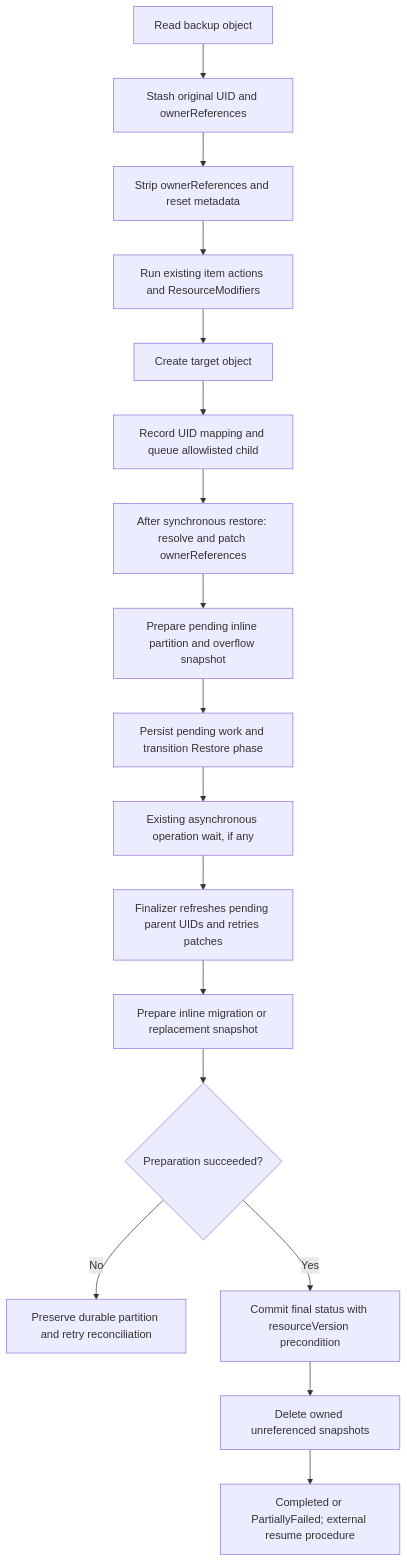
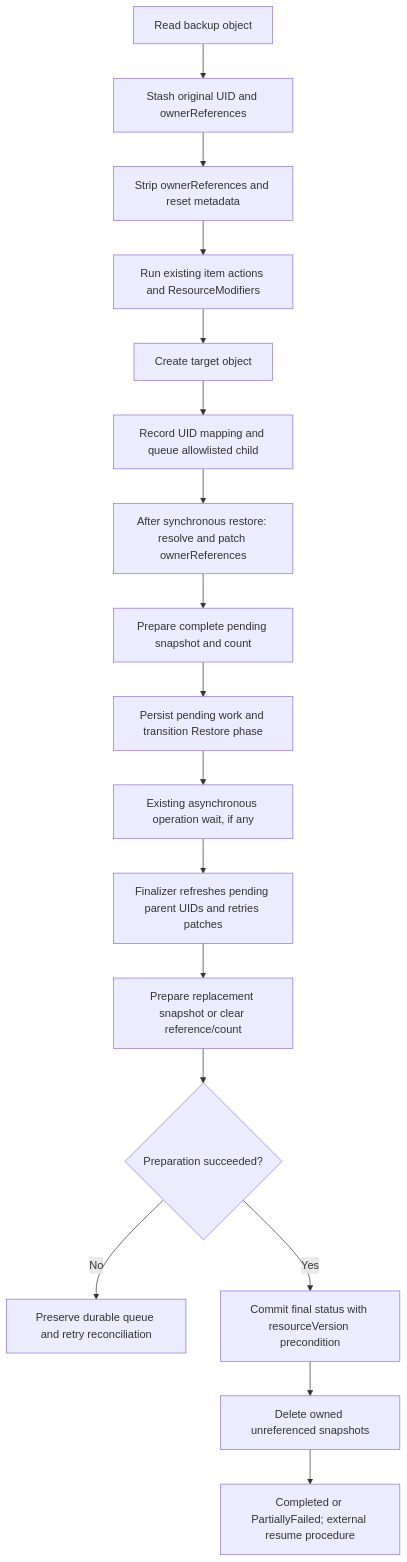
Before and after one commit to vmware-tanzu/velero: the diagram in design/owner-ref-relink-engine-design.md, drawn with Mermaid. The commit also changed other lines of this file, not shown here.

````diff
--- a/design/owner-ref-relink-engine-design.md
+++ b/design/owner-ref-relink-engine-design.md
@@ -178,19 +147,19 @@
 ```mermaid
 flowchart TD
     Input["Read backup object"] --> Stash["Stash original UID and ownerReferences"]
     Stash --> Sanitize["Strip ownerReferences and reset metadata"]
     Sanitize --> Modifiers["Run existing item actions and ResourceModifiers"]
     Modifiers --> Create["Create target object"]
     Create --> Register["Record UID mapping and queue allowlisted child"]
     Register --> Pass1["After synchronous restore: resolve and patch ownerReferences"]
-    Pass1 --> Prepare1["Prepare pending inline partition and overflow snapshot"]
+    Pass1 --> Prepare1["Prepare complete pending snapshot and count"]
     Prepare1 --> Commit1["Persist pending work and transition Restore phase"]
     Commit1 --> Wait["Existing asynchronous operation wait, if any"]
     Wait --> Pass2["Finalizer refreshes pending parent UIDs and retries patches"]
-    Pass2 --> Prepare2["Prepare inline migration or replacement snapshot"]
+    Pass2 --> Prepare2["Prepare replacement snapshot or clear reference/count"]
     Prepare2 --> Ready{"Preparation succeeded?"}
-    Ready -->|No| Retry["Preserve durable partition and retry reconciliation"]
+    Ready -->|No| Retry["Preserve durable queue and retry reconciliation"]
     Ready -->|Yes| Commit2["Commit final status with resourceVersion precondition"]
     Commit2 --> Cleanup["Delete owned unreferenced snapshots"]
     Cleanup --> Done["Completed or PartiallyFailed; external resume procedure"]
 ```
````
